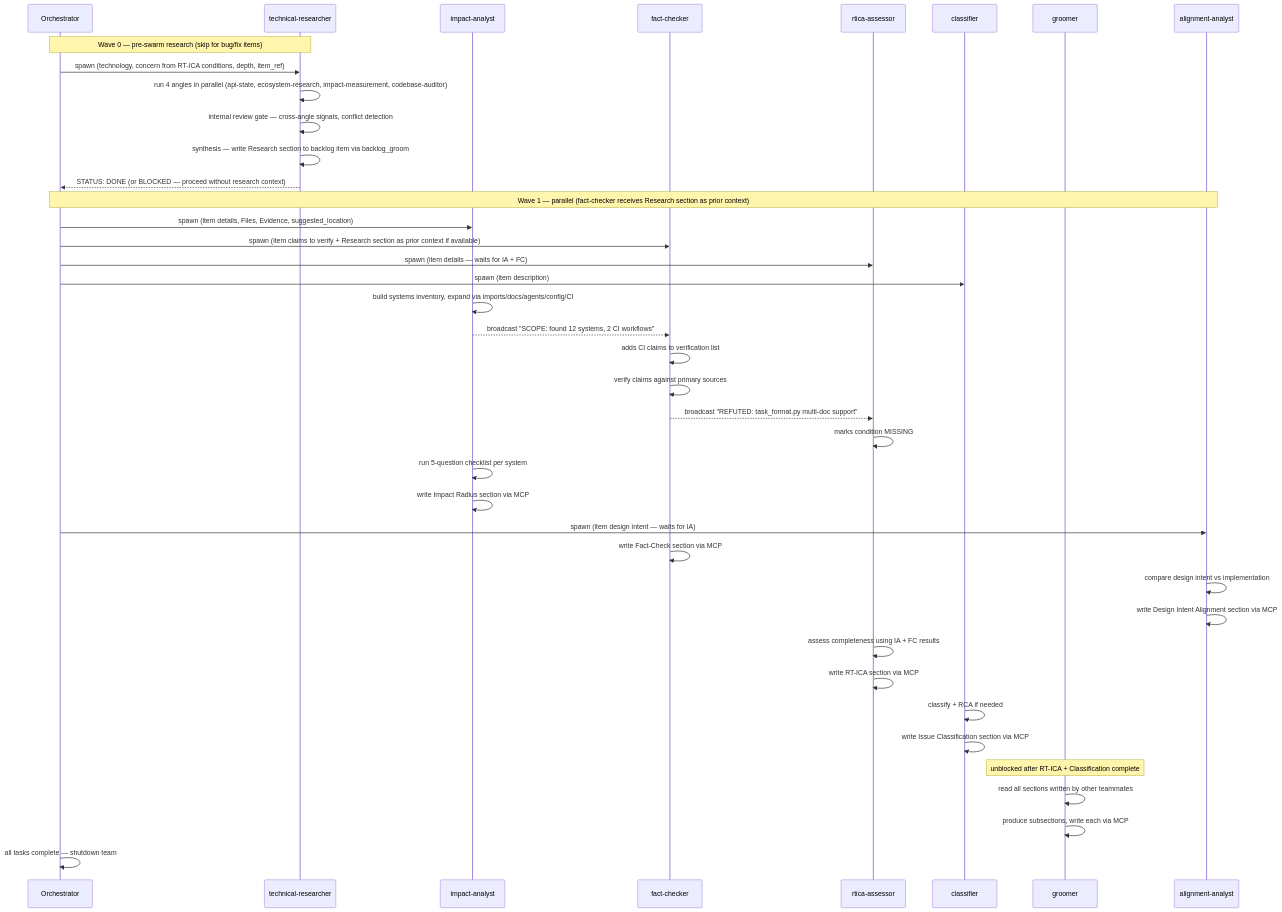
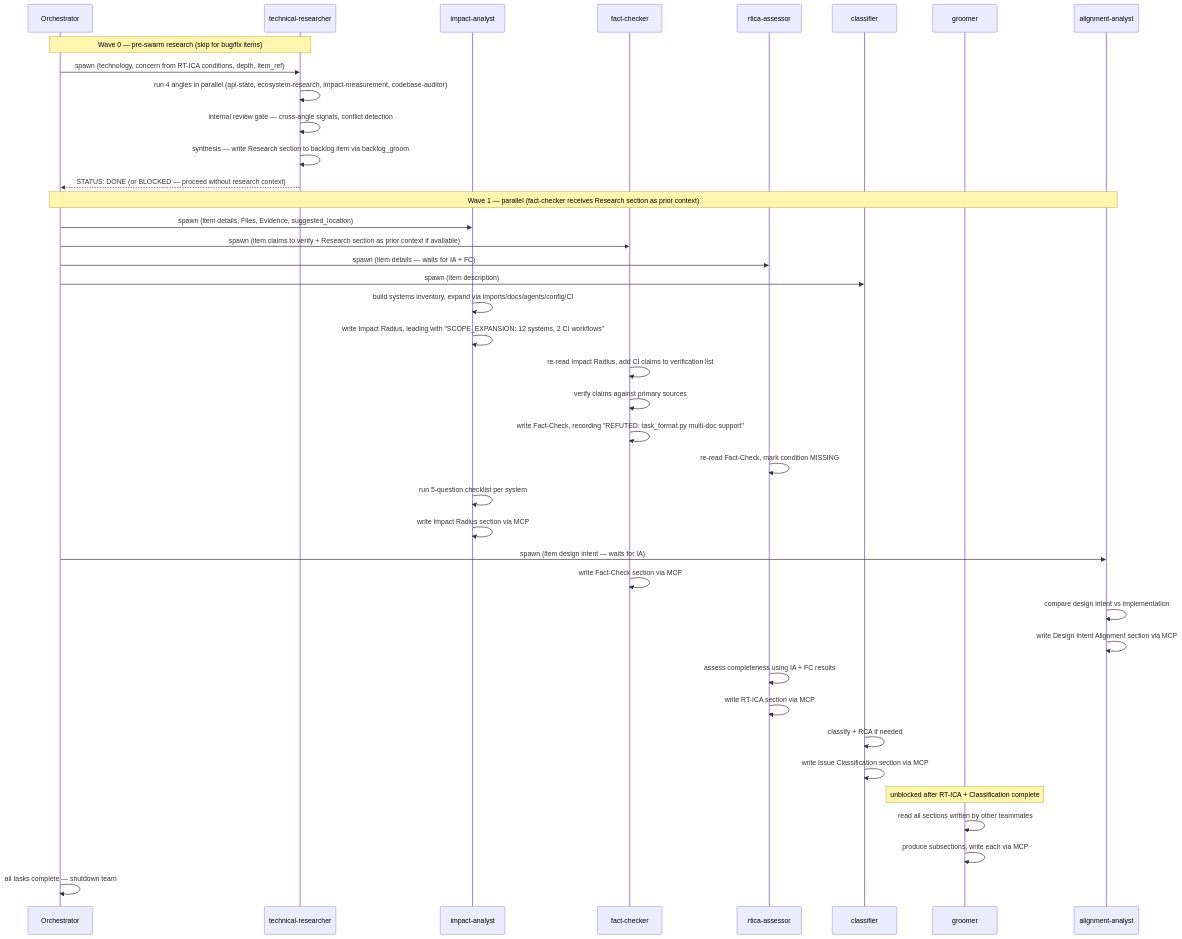
The first of 2 diagrams in plugins/development-harness/skills/work-backlog-item/references/workflows/groom/swarm.md (Jamie-BitFlight/claude_skills), drawn with Mermaid before and after one commit. The commit also changed other lines of this file and 43 other files, not shown here.

````diff
--- a/plugins/development-harness/skills/work-backlog-item/references/workflows/groom/swarm.md
+++ b/plugins/development-harness/skills/work-backlog-item/references/workflows/groom/swarm.md
@@ -52,53 +53,53 @@
 ```mermaid
 sequenceDiagram
     participant O as Orchestrator
     participant TR as technical-researcher
     participant IA as impact-analyst
     participant FC as fact-checker
     participant RT as rtica-assessor
     participant CL as classifier
     participant GR as groomer
     participant AA as alignment-analyst
 
     Note over O,TR: Wave 0 — pre-swarm research (skip for bug/fix items)
     O->>TR: spawn (technology, concern from RT-ICA conditions, depth, item_ref)
     TR->>TR: run 4 angles in parallel (api-state, ecosystem-research, impact-measurement, codebase-auditor)
     TR->>TR: internal review gate — cross-angle signals, conflict detection
     TR->>TR: synthesis — write Research section to backlog item via backlog_groom
     TR-->>O: STATUS: DONE (or BLOCKED — proceed without research context)
 
     Note over O,AA: Wave 1 — parallel (fact-checker receives Research section as prior context)
     O->>IA: spawn (item details, Files, Evidence, suggested_location)
     O->>FC: spawn (item claims to verify + Research section as prior context if available)
     O->>RT: spawn (item details — waits for IA + FC)
     O->>CL: spawn (item description)
 
     IA->>IA: build systems inventory, expand via imports/docs/agents/config/CI
-    IA-->>FC: broadcast "SCOPE: found 12 systems, 2 CI workflows"
-    FC->>FC: adds CI claims to verification list
+    IA->>IA: write Impact Radius, leading with "SCOPE_EXPANSION: 12 systems, 2 CI workflows"
+    FC->>FC: re-read Impact Radius, add CI claims to verification list
 
     FC->>FC: verify claims against primary sources
-    FC-->>RT: broadcast "REFUTED: task_format.py multi-doc support"
-    RT->>RT: marks condition MISSING
+    FC->>FC: write Fact-Check, recording "REFUTED: task_format.py multi-doc support"
+    RT->>RT: re-read Fact-Check, mark condition MISSING
 
     IA->>IA: run 5-question checklist per system
     IA->>IA: write Impact Radius section via MCP
     O->>AA: spawn (item design intent — waits for IA)
 
     FC->>FC: write Fact-Check section via MCP
 
     AA->>AA: compare design intent vs implementation
     AA->>AA: write Design Intent Alignment section via MCP
 
     RT->>RT: assess completeness using IA + FC results
     RT->>RT: write RT-ICA section via MCP
 
     CL->>CL: classify + RCA if needed
     CL->>CL: write Issue Classification section via MCP
 
     Note over GR: unblocked after RT-ICA + Classification complete
     GR->>GR: read all sections written by other teammates
     GR->>GR: produce subsections, write each via MCP
 
     O->>O: all tasks complete — shutdown team
 ```
````
